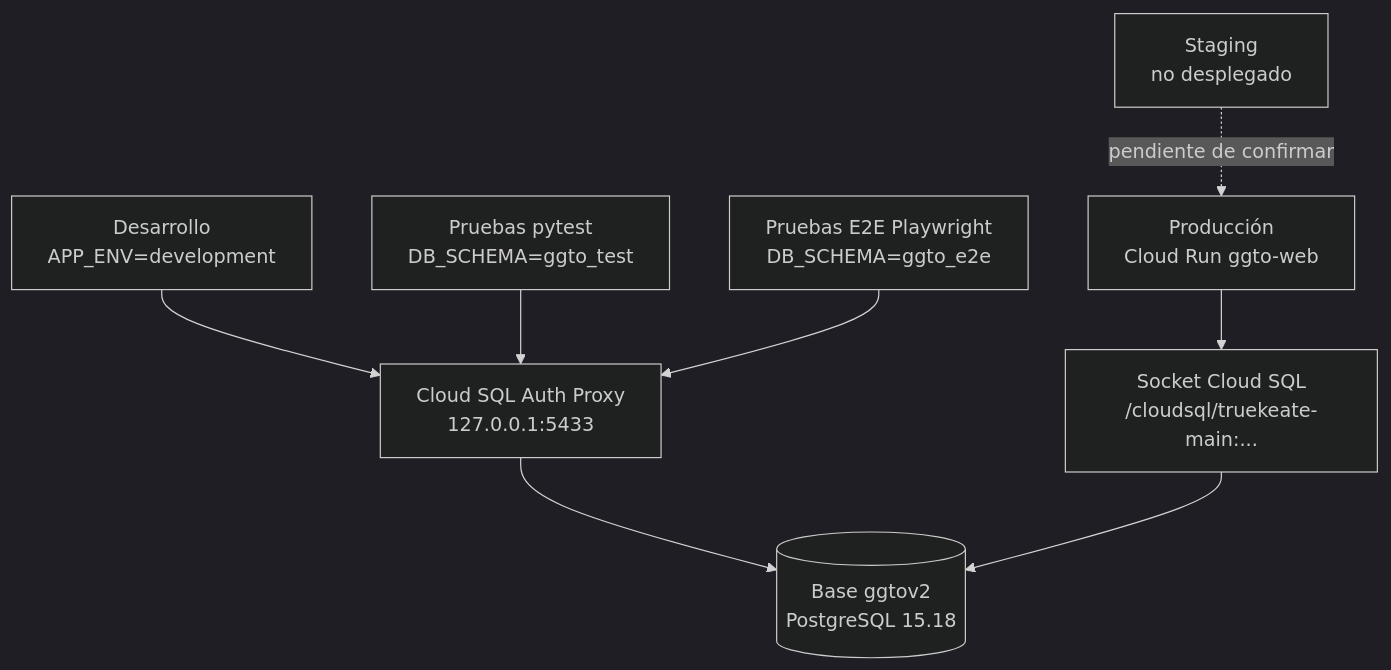
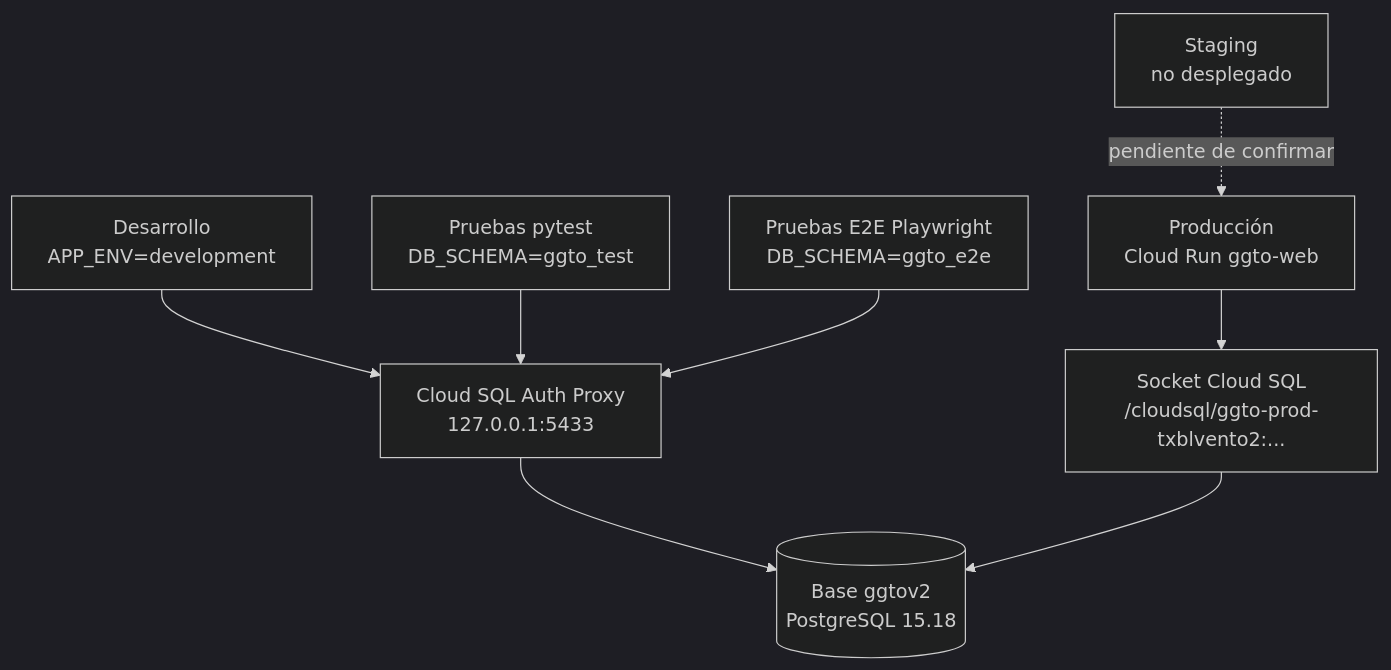
One commit to anlucorporations/GGTO changed the diagram in docs/Manuales/04-Despliegue/01-entornos-y-variables.md. Above: the diagram before and after it, drawn with Mermaid (dark theme). The commit also changed other lines of this file and 249 other files, not shown here.

````diff
--- a/docs/Manuales/04-Despliegue/01-entornos-y-variables.md
+++ b/docs/Manuales/04-Despliegue/01-entornos-y-variables.md
@@ -41,10 +42,10 @@
 ```mermaid
 flowchart TD
     A["Desarrollo<br/>APP_ENV=development"] --> P["Cloud SQL Auth Proxy<br/>127.0.0.1:5433"]
-    B["Producción<br/>Cloud Run ggto-web"] --> S["Socket Cloud SQL<br/>/cloudsql/truekeate-main:..."]
+    B["Producción<br/>Cloud Run ggto-web"] --> S["Socket Cloud SQL<br/>/cloudsql/ggto-prod-txblvento2:..."]
     C["Pruebas pytest<br/>DB_SCHEMA=ggto_test"] --> P
     D["Pruebas E2E Playwright<br/>DB_SCHEMA=ggto_e2e"] --> P
     E["Staging<br/>no desplegado"] -.->|"pendiente de confirmar"| B
     P --> DB[("Base ggtov2<br/>PostgreSQL 15.18")]
     S --> DB
 ```
````
